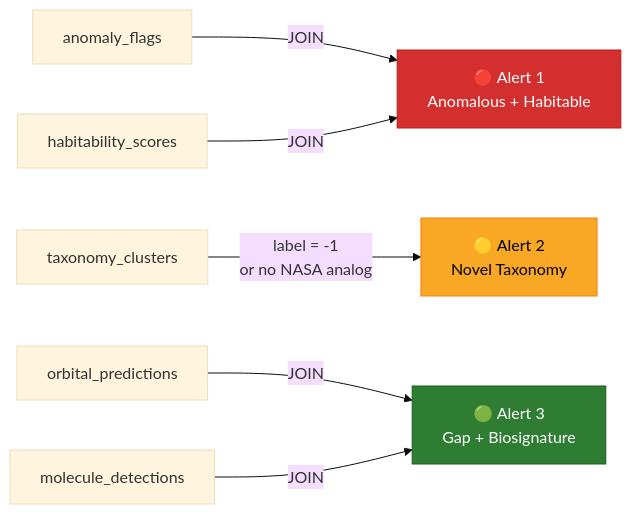
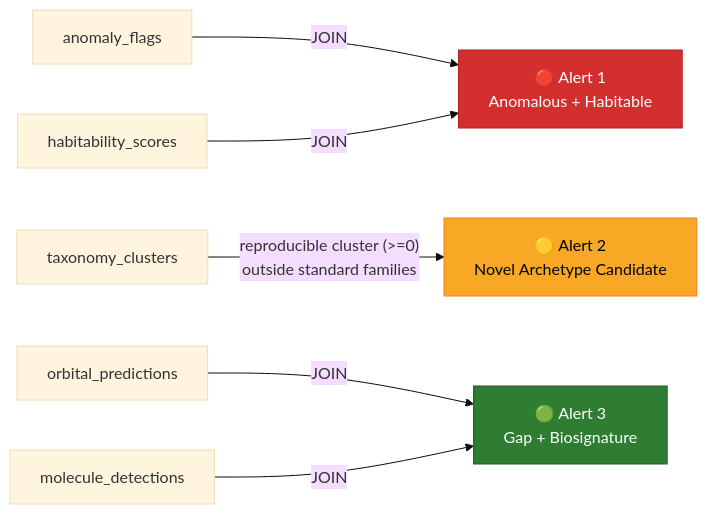
The second of 4 diagrams in README.md (yoohooshantanu/Exo), drawn with Mermaid (base theme) before and after one commit. The commit also changed other lines of this file and 7 other files, not shown here.

````diff
--- a/README.md
+++ b/README.md
@@ -266,14 +266,14 @@
 ```mermaid
 flowchart LR
     AF["anomaly_flags"] -- "JOIN" --> AH["🔴 Alert 1\nAnomalous + Habitable"]
     HS["habitability_scores"] -- "JOIN" --> AH
 
-    TC["taxonomy_clusters"] -- "label = -1\nor no NASA analog" --> NT["🟡 Alert 2\nNovel Taxonomy"]
+    TC["taxonomy_clusters"] -- "reproducible cluster (>=0)\noutside standard families" --> NT["🟡 Alert 2\nNovel Archetype Candidate"]
 
     OP["orbital_predictions"] -- "JOIN" --> GB["🟢 Alert 3\nGap + Biosignature"]
     MD["molecule_detections"] -- "JOIN" --> GB
 
     style AH fill:#d32f2f,color:#fff,stroke:#b71c1c
     style NT fill:#f9a825,color:#000,stroke:#f57f17
     style GB fill:#2e7d32,color:#fff,stroke:#1b5e20
 ```
````
